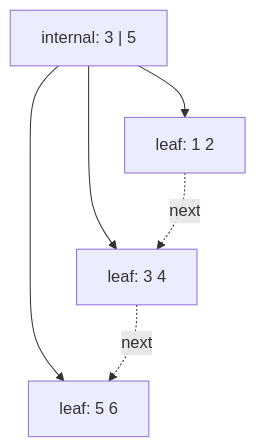
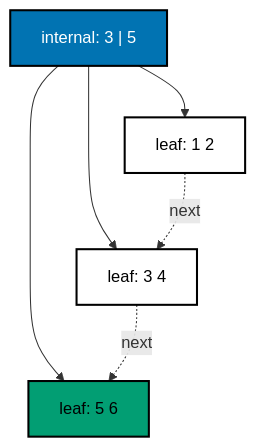
One commit to wahidyankf/grind-in-public changed the second of 2 diagrams in drill/system-design-algos/in-python/algo_02_b_plus_tree.md. Above: the diagram before and after it, drawn with Mermaid. The commit also changed other lines of this file and 22 other files, not shown here.

First line of the commit message:
docs: use accessible palette in mermaid diagrams

````diff
--- a/drill/system-design-algos/in-python/algo_02_b_plus_tree.md
+++ b/drill/system-design-algos/in-python/algo_02_b_plus_tree.md
@@ -71,12 +78,18 @@
 ```mermaid
 flowchart TD
   accTitle: B+ tree after inserts 1 to 6
   accDescr {
     The root holds separator keys 3 and 5. Three leaves hold the keys, and each leaf links to the next leaf.
   }
   R["internal: 3 | 5"] --> L1["leaf: 1 2"]
   R --> L2["leaf: 3 4"]
   R --> L3["leaf: 5 6"]
   L1 -.->|"next"| L2
   L2 -.->|"next"| L3
+  classDef default fill:#FFFFFF,stroke:#000000,color:#000000,stroke-width:2px
+  classDef blue fill:#0173B2,stroke:#000000,color:#FFFFFF,stroke-width:2px
+  classDef orange fill:#DE8F05,stroke:#000000,color:#000000,stroke-width:2px
+  classDef teal fill:#029E73,stroke:#000000,color:#000000,stroke-width:2px
+  class R blue
+  class L3 teal
 ```
````
